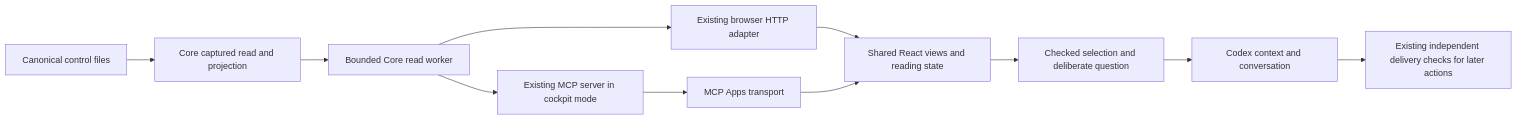
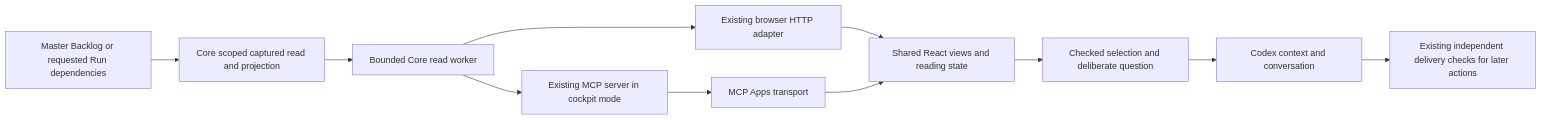
The diagram in .agdf/control/artefacts/agdf-cockpit-mcp-app-20261005-01/SD.md (ArndtGold/ai-native-governance-delivery-framework), drawn with Mermaid before and after one commit. The commit also changed other lines of this file and 257 other files, not shown here.

````diff
--- a/.agdf/control/artefacts/agdf-cockpit-mcp-app-20261005-01/SD.md
+++ b/.agdf/control/artefacts/agdf-cockpit-mcp-app-20261005-01/SD.md
@@ -19,13 +19,13 @@
 ```mermaid
 flowchart LR
-  C[Canonical control files] --> R[Core captured read and projection]
+  C[Master Backlog or requested Run dependencies] --> R[Core scoped captured read and projection]
   R --> W[Bounded Core read worker]
   W --> B[Existing browser HTTP adapter]
   W --> M[Existing MCP server in cockpit mode]
   B --> V[Shared React views and reading state]
   M --> A[MCP Apps transport]
   A --> V
   V --> H[Checked selection and deliberate question]
   H --> X[Codex context and conversation]
   X --> G[Existing independent delivery checks for later actions]
 ```
````
